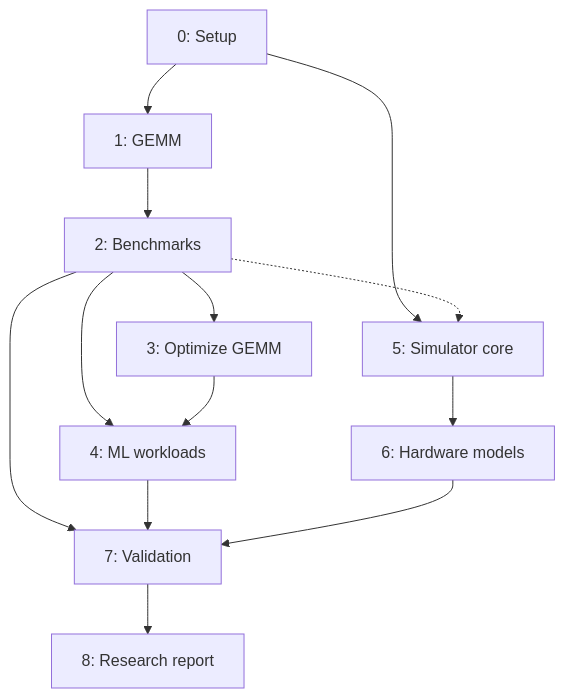
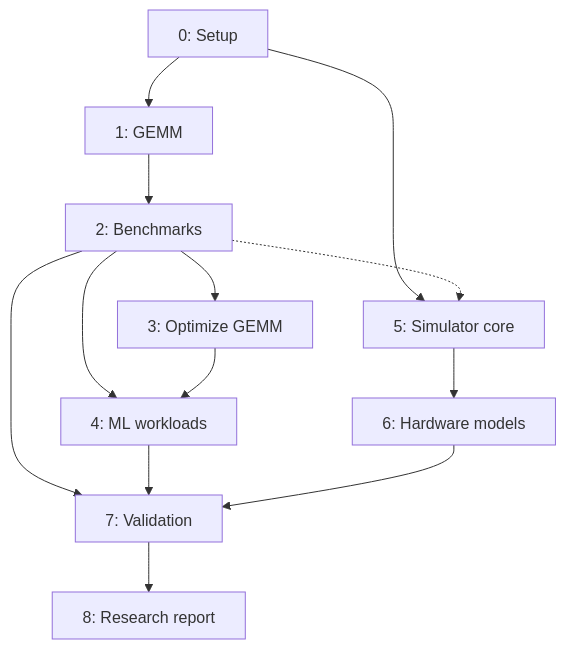
Before and after one commit to supernachos57/AEGIS-GPU: the second of 2 diagrams in docs/roadmap.md, drawn with Mermaid. The commit also changed other lines of this file, not shown here.

Commit message:
docs: use SVG text labels to prevent Mermaid clipping

````diff
--- a/docs/roadmap.md
+++ b/docs/roadmap.md
@@ -50,15 +51,16 @@
 ```mermaid
+%%{init: {"htmlLabels": false, "flowchart": {"htmlLabels": false}}}%%
 flowchart TB
     P0["0: Setup"] --> P1["1: GEMM"]
     P1 --> P2["2: Benchmarks"]
     P2 --> P3["3: Optimize GEMM"]
     P2 --> P4["4: ML workloads"]
     P3 --> P4
     P0 --> P5["5: Simulator core"]
     P2 -.-> P5
     P5 --> P6["6: Hardware models"]
     P2 --> P7["7: Validation"]
     P4 --> P7
     P6 --> P7
     P7 --> P8["8: Research report"]
 ```
````
